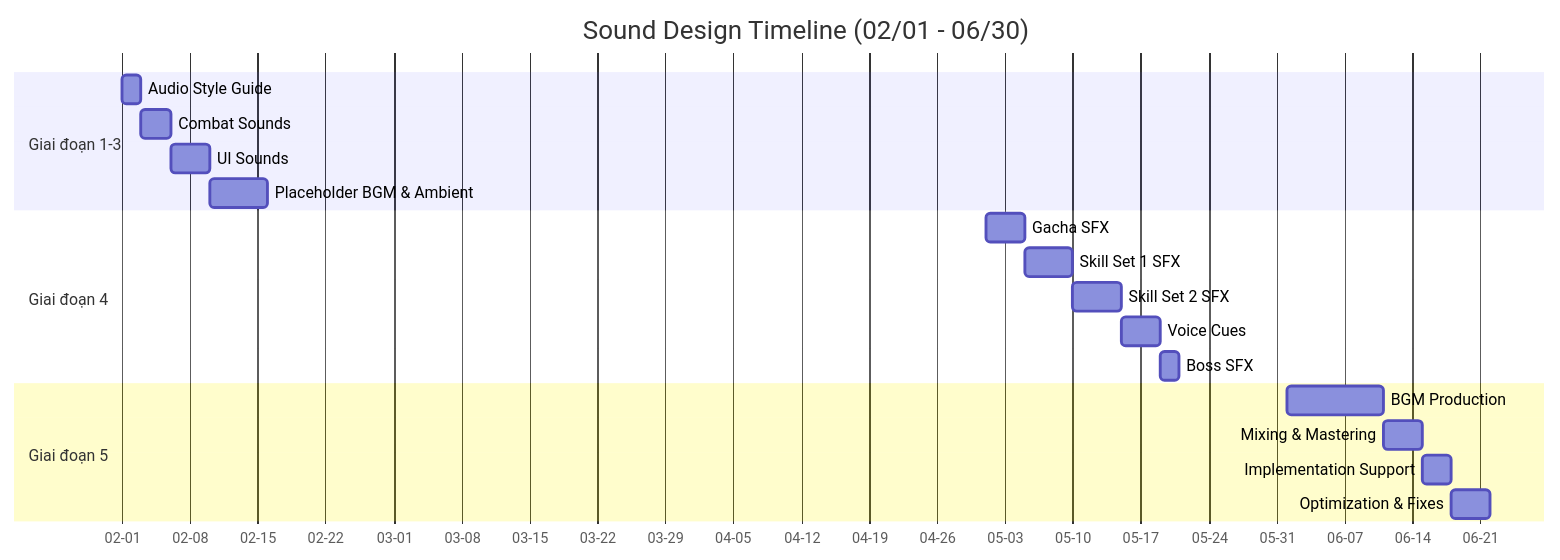
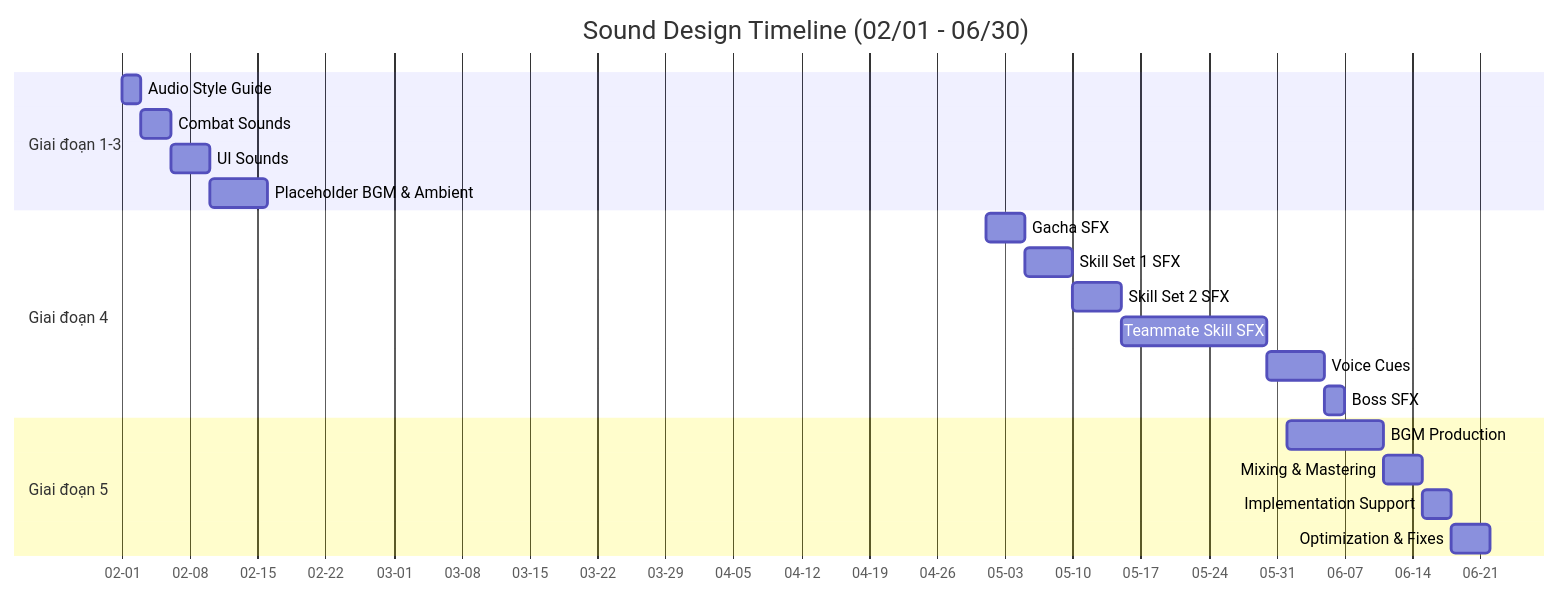
The diagram in docs/plan-timelines/sound.md (luantran-working/idlegame-designdocs), drawn with Mermaid before and after one commit. The commit also changed other lines of this file and 10 other files, not shown here.

````diff
--- a/docs/plan-timelines/sound.md
+++ b/docs/plan-timelines/sound.md
@@ -45,25 +46,26 @@
 ```mermaid
 gantt
     title Sound Design Timeline (02/01 - 06/30)
     dateFormat YYYY-MM-DD
     axisFormat %m-%d
 
     section Giai đoạn 1-3
     Audio Style Guide         :SND1, 2026-02-01, 2d
     Combat Sounds             :SND2, after SND1, 3d
     UI Sounds                 :SND3, after SND2, 4d
     Placeholder BGM & Ambient :SND4, after SND3, 6d
 
     section Giai đoạn 4
     Gacha SFX                 :SND5, 2026-05-01, 4d
     Skill Set 1 SFX           :SND6, after SND5, 5d
     Skill Set 2 SFX           :SND7, after SND6, 5d
-    Voice Cues                :SND8, after SND7, 4d
-    Boss SFX                  :SND9, after SND8, 2d
+    Teammate Skill SFX        :SND8, after SND7, 15d
+    Voice Cues                :SND9, after SND8, 6d
+    Boss SFX                  :SND10, after SND9, 2d
 
-    section Giai đoạn 5
-    BGM Production            :SND10, 2026-06-01, 10d
-    Mixing & Mastering        :SND11, after SND10, 4d
-    Implementation Support    :SND12, after SND11, 3d
-    Optimization & Fixes      :SND13, after SND12, 4d
+     section Giai đoạn 5
+    BGM Production            :SND11, 2026-06-01, 10d
+    Mixing & Mastering        :SND12, after SND11, 4d
+    Implementation Support    :SND13, after SND12, 3d
+    Optimization & Fixes      :SND14, after SND13, 4d
 ```
````
